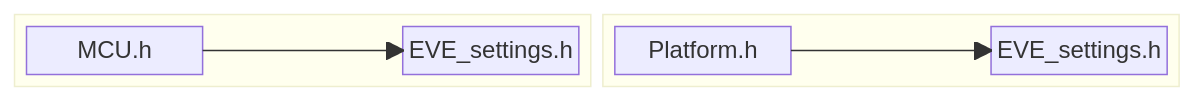
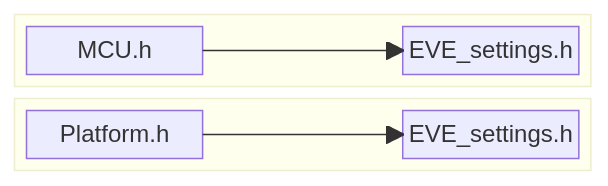
One commit to Bridgetek/Eve-MCU-Dev changed the seventh of 11 diagrams in README.md. Above: the diagram before and after it, drawn with Mermaid. The commit also changed other lines of this file, not shown here.

Commit message:
updates for header dependency diagram readability

````diff
--- a/README.md
+++ b/README.md
@@ -403,19 +410,22 @@
 ```mermaid
 block
-  columns 2
+  columns 1
 
-  block:MCU_SIDE[" "]:1
+space
+
+  block:MCU_SIDE[" "]
     columns 3
 
     A1["MCU.h"] space B1["EVE_settings.h"]
 
     A1 --> B1
   end
-  block:PLATFORM_SIDE[" "]:1
+
+  block:PLATFORM_SIDE[" "]
     columns 3
 
     A2["Platform.h"] space B2["EVE_settings.h"]
 
     A2 --> B2
   end
 ```
````
